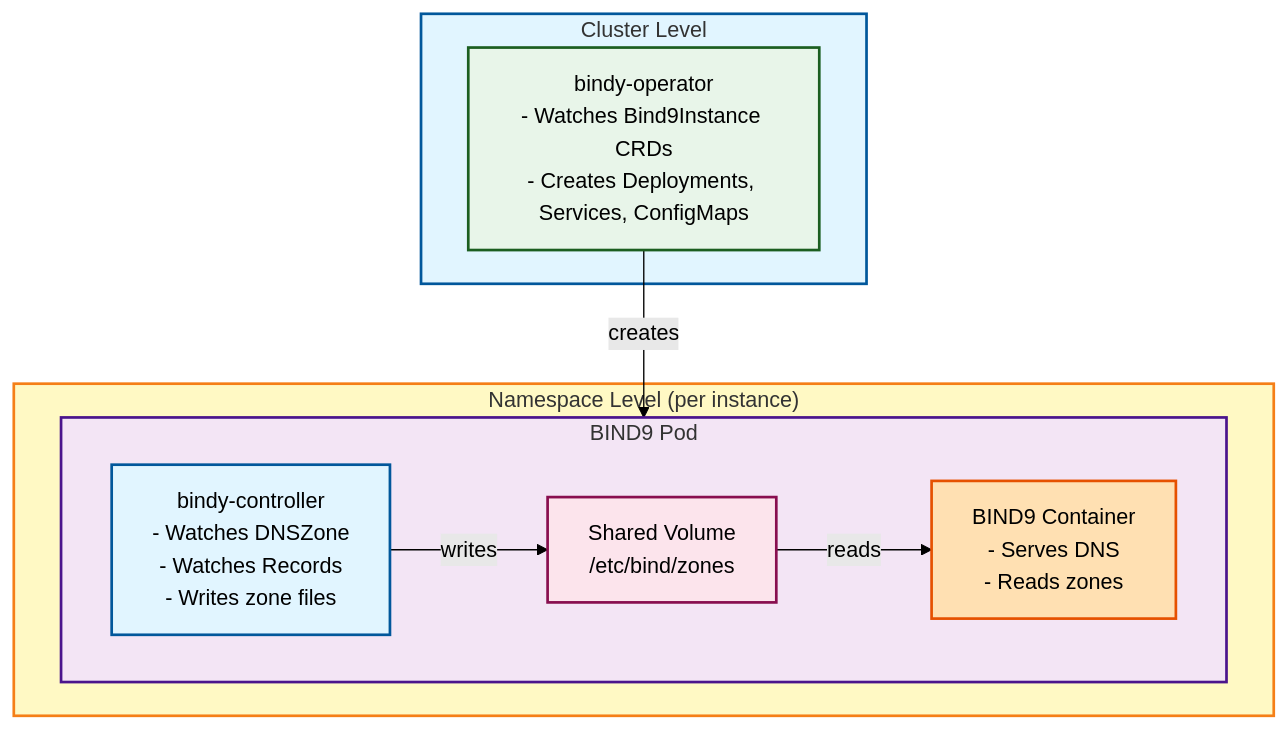
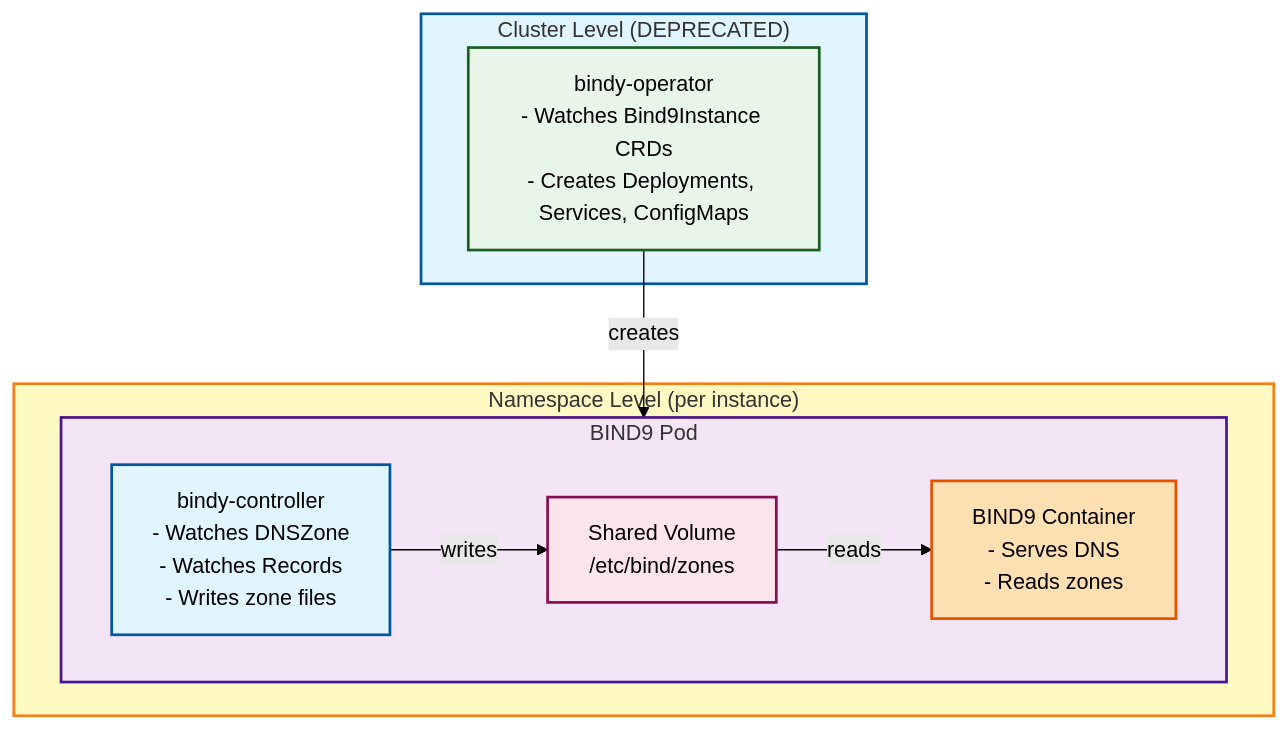
Before and after one commit to firestoned/bindy: the diagram in docs/src/development/architecture.md, drawn with Mermaid (forest theme). The commit also changed other lines of this file and 23 other files, not shown here.

````diff
--- a/docs/src/development/architecture.md
+++ b/docs/src/development/architecture.md
@@ -43,27 +57,27 @@
 ```mermaid
 graph TB
-    subgraph cluster["Cluster Level"]
+    subgraph cluster["Cluster Level (DEPRECATED)"]
         operator["bindy-operator<br/>- Watches Bind9Instance CRDs<br/>- Creates Deployments, Services, ConfigMaps"]
     end
 
     subgraph namespace["Namespace Level (per instance)"]
         subgraph pod["BIND9 Pod"]
             bind9["BIND9 Container<br/>- Serves DNS<br/>- Reads zones"]
             controller["bindy-controller<br/>- Watches DNSZone<br/>- Watches Records<br/>- Writes zone files"]
             volume["Shared Volume<br/>/etc/bind/zones"]
 
             controller -->|writes| volume
             volume -->|reads| bind9
         end
     end
 
     operator -->|creates| pod
 
     style cluster fill:#e1f5ff,stroke:#01579b,stroke-width:2px
     style namespace fill:#fff9c4,stroke:#f57f17,stroke-width:2px
     style pod fill:#f3e5f5,stroke:#4a148c,stroke-width:2px
     style operator fill:#e8f5e9,stroke:#1b5e20,stroke-width:2px
     style bind9 fill:#ffe0b2,stroke:#e65100,stroke-width:2px
     style controller fill:#e1f5ff,stroke:#01579b,stroke-width:2px
     style volume fill:#fce4ec,stroke:#880e4f,stroke-width:2px
 ```
````
